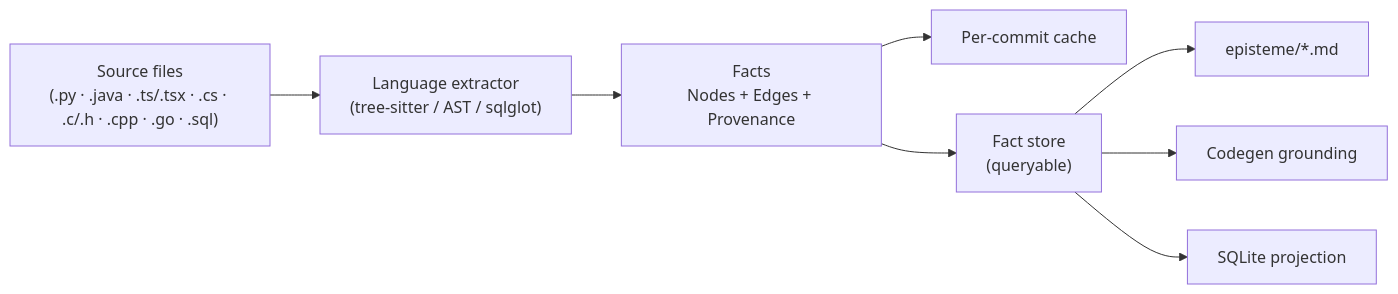
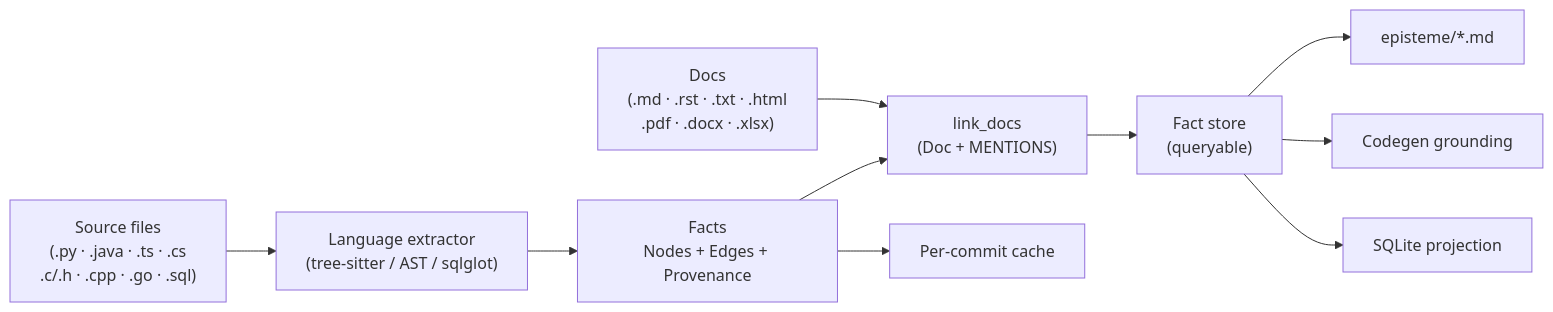
The third of 5 diagrams in KNOWLEDGE_GRAPH.md (synaptixs/spine), drawn with Mermaid before and after one commit. The commit also changed other lines of this file and 13 other files, not shown here.

````diff
--- a/KNOWLEDGE_GRAPH.md
+++ b/KNOWLEDGE_GRAPH.md
@@ -120,10 +131,22 @@
 ```mermaid
 flowchart LR
-    src["Source files<br/>(.py · .java · .ts/.tsx · .cs · .c/.h · .cpp · .go · .sql)"] --> ext["Language extractor<br/>(tree-sitter / AST / sqlglot)"]
-    ext --> facts["Facts<br/>Nodes + Edges + Provenance"]
-    facts --> cache["Per-commit cache"]
-    facts --> store["Fact store<br/>(queryable)"]
-    store --> mb["episteme/*.md"]
-    store --> grd["Codegen grounding"]
-    store --> db["SQLite projection"]
+    src["Source files<br/>(.py · .java · .ts · .cs<br/>.c/.h · .cpp · .go · .sql)"]
+    docs["Docs<br/>(.md · .rst · .txt · .html<br/>.pdf · .docx · .xlsx)"]
+    ext["Language extractor<br/>(tree-sitter / AST / sqlglot)"]
+    facts["Facts<br/>Nodes + Edges + Provenance"]
+    link["link_docs<br/>(Doc + MENTIONS)"]
+    cache["Per-commit cache"]
+    store["Fact store<br/>(queryable)"]
+    mb["episteme/*.md"]
+    grd["Codegen grounding"]
+    db["SQLite projection"]
+    src --> ext
+    ext --> facts
+    facts --> cache
+    docs --> link
+    facts --> link
+    link --> store
+    store --> mb
+    store --> grd
+    store --> db
 ```
````
